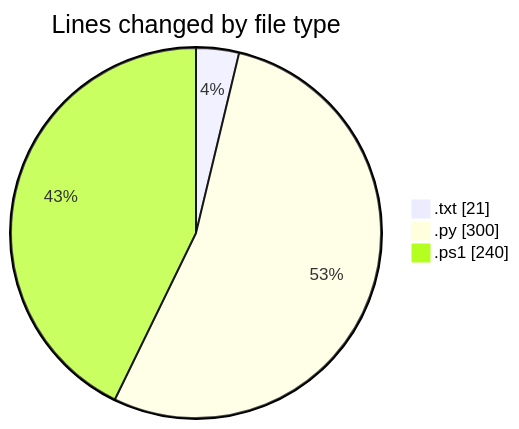
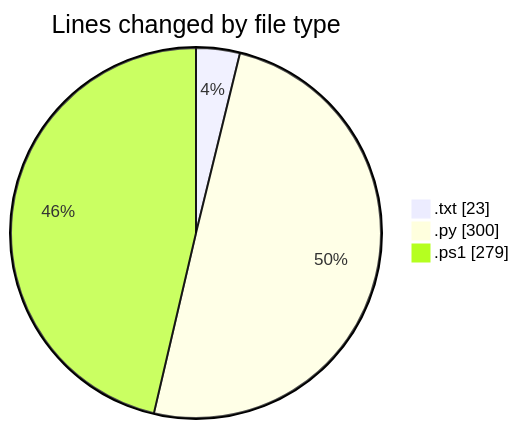
Before and after one commit to CELIANVF/code-tracking: the first of 2 diagrams in 2025-05-16/python_app_deploy/README.md, drawn with Mermaid. The commit also changed other lines of this file and 1 other file, not shown here.

````diff
--- a/2025-05-16/python_app_deploy/README.md
+++ b/2025-05-16/python_app_deploy/README.md
@@ -24,7 +24,7 @@
 ```mermaid
 pie showData
 title Lines changed by file type
-".txt" : 21
+".txt" : 23
 ".py" : 300
-".ps1" : 240
+".ps1" : 279
 ```
````
